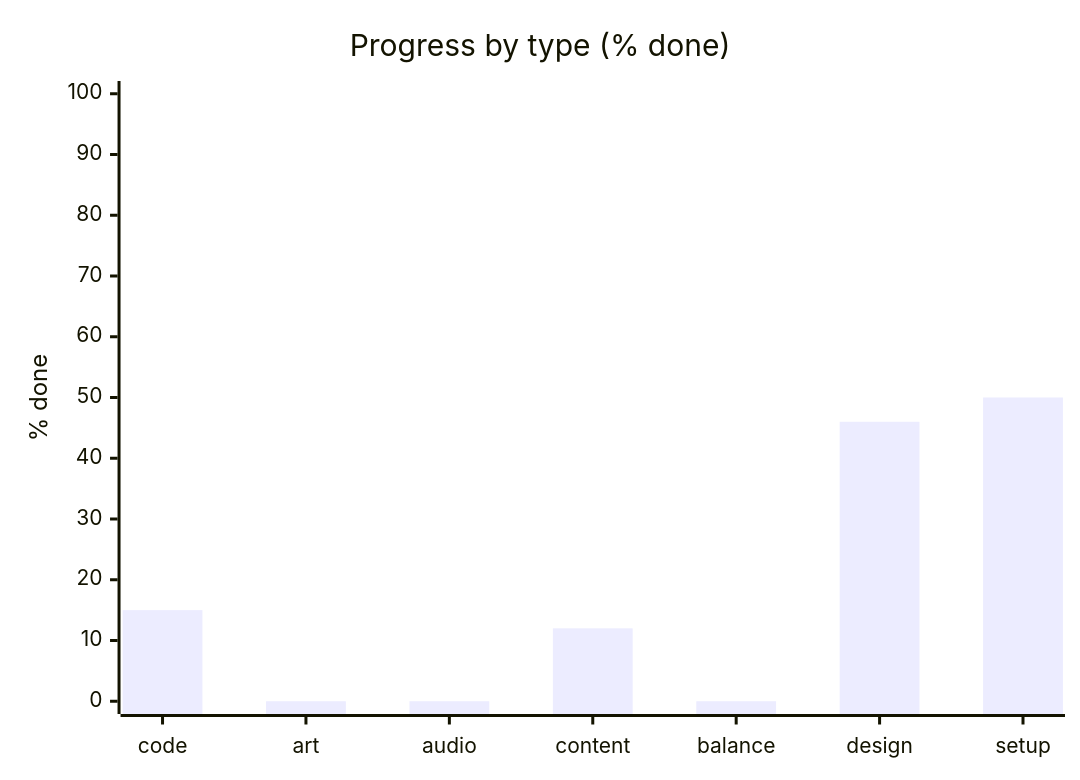
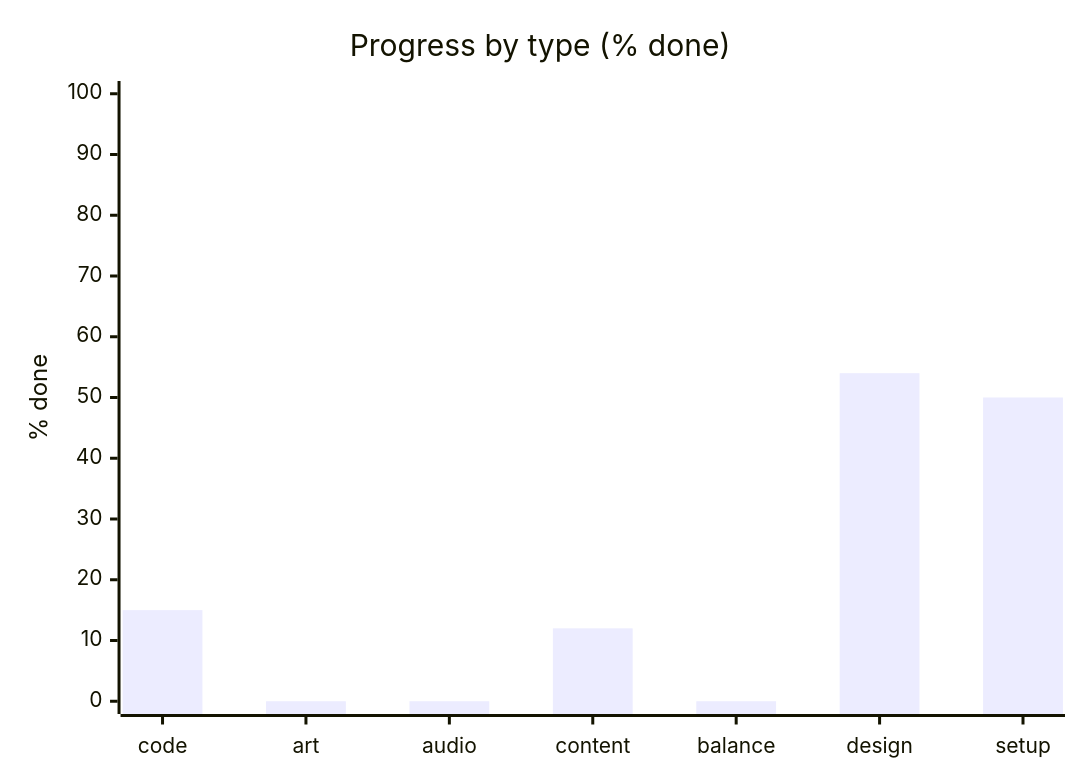
One commit to artemiiShabanov/RallyRivals changed the second of 3 diagrams in STATUS.md. Above: the diagram before and after it, drawn with Mermaid. The commit also changed other lines of this file and 3 other files, not shown here.

````diff
--- a/STATUS.md
+++ b/STATUS.md
@@ -17,7 +17,7 @@
 ```mermaid
 xychart-beta
     title "Progress by type (% done)"
     x-axis ["code", "art", "audio", "content", "balance", "design", "setup"]
     y-axis "% done" 0 --> 100
-    bar [15, 0, 0, 12, 0, 46, 50]
+    bar [15, 0, 0, 12, 0, 54, 50]
 ```
````
